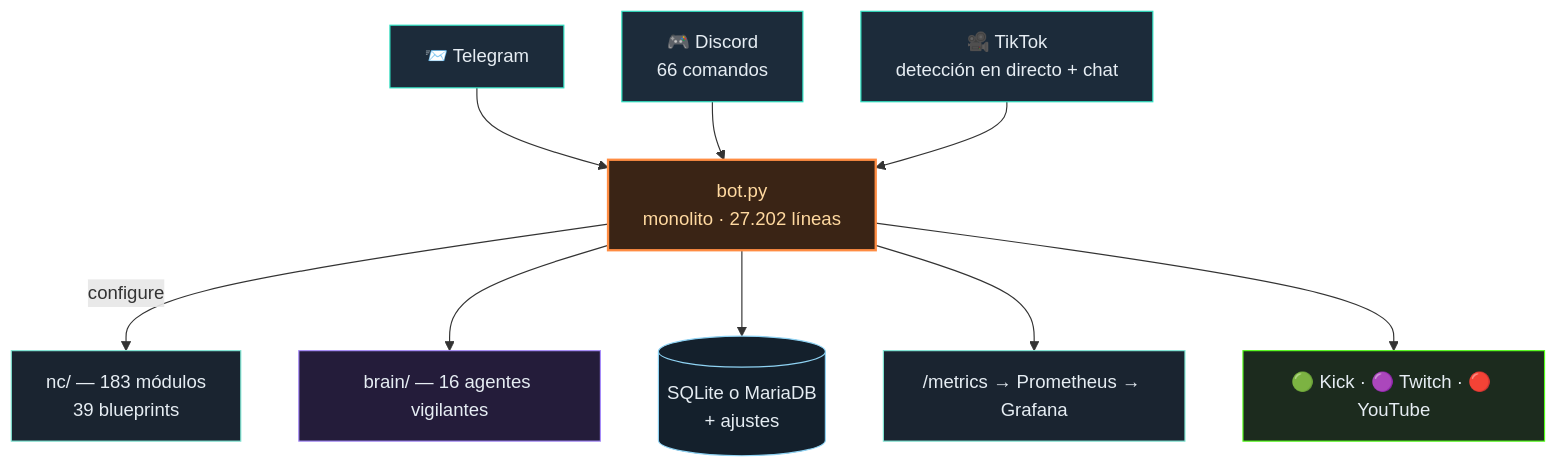
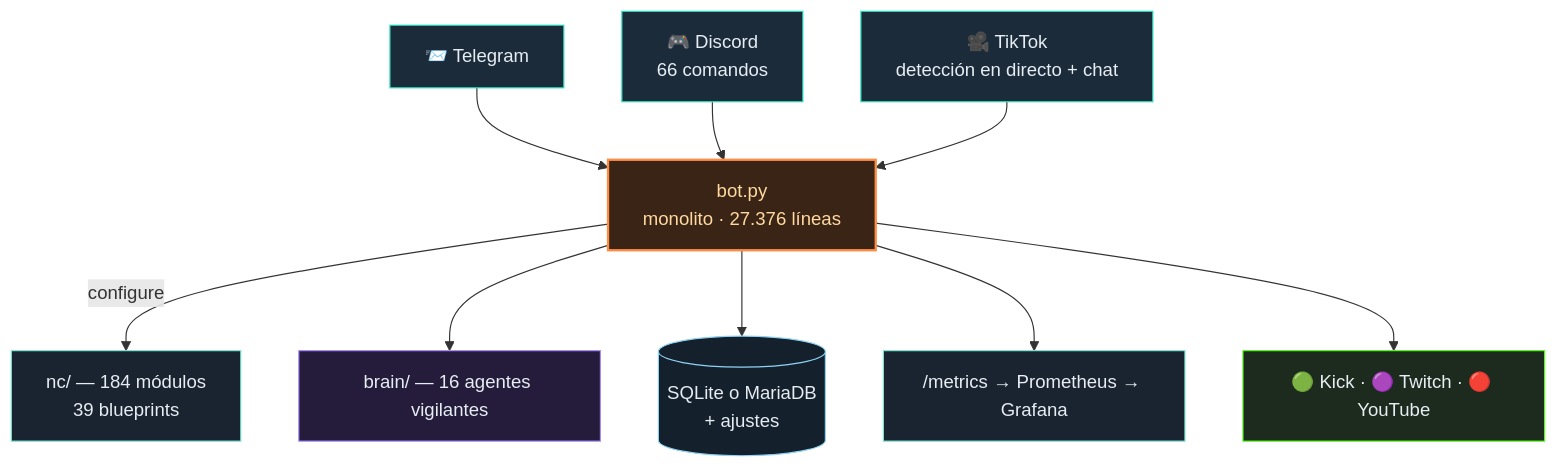
The diagram in README.es.md (itsamemedev/Telegram-Stream-Info-Bot), drawn with Mermaid before and after one commit. The commit also changed other lines of this file and 21 other files, not shown here.

````diff
--- a/README.es.md
+++ b/README.es.md
@@ -64,18 +64,18 @@
 ```mermaid
 flowchart TB
     TG["📨 Telegram"]:::ein --> BOT
     DC["🎮 Discord<br/>66 comandos"]:::ein --> BOT
     TT["🎥 TikTok<br/>detección en directo + chat"]:::ein --> BOT
-    BOT["bot.py<br/>monolito · 27.202 líneas"]:::core
-    BOT -->|configure| NC["nc/ — 183 módulos<br/>39 blueprints"]:::lib
+    BOT["bot.py<br/>monolito · 27.376 líneas"]:::core
+    BOT -->|configure| NC["nc/ — 184 módulos<br/>39 blueprints"]:::lib
     BOT --> BRAIN["brain/ — 16 agentes vigilantes"]:::brain
     BOT --> DB[("SQLite o MariaDB<br/>+ ajustes")]:::db
     BOT --> PROM["/metrics → Prometheus → Grafana"]:::lib
     BOT --> OUT["🟢 Kick · 🟣 Twitch · 🔴 YouTube"]:::out
     classDef ein fill:#1c2b3a,stroke:#2de1c2,color:#e6edf3
     classDef core fill:#3a2415,stroke:#ff8c42,stroke-width:2px,color:#ffd9a0
     classDef lib fill:#1a2430,stroke:#7fe7d4,color:#e6edf3
     classDef brain fill:#241c3a,stroke:#a78bfa,color:#e6edf3
     classDef db fill:#14202c,stroke:#8fd3f4,color:#e6edf3
     classDef out fill:#1c2b1e,stroke:#53fc18,color:#e6edf3
 ```
````
